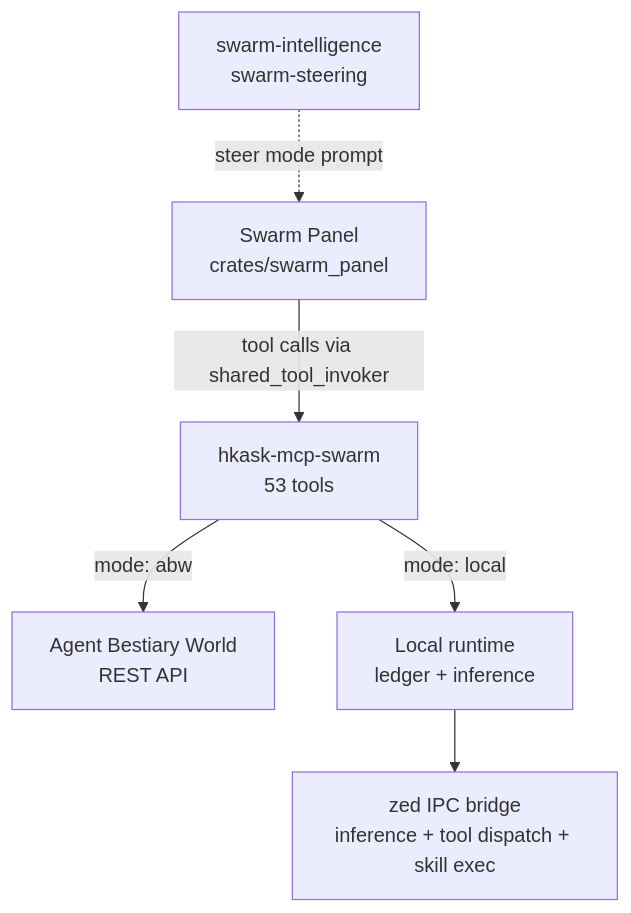
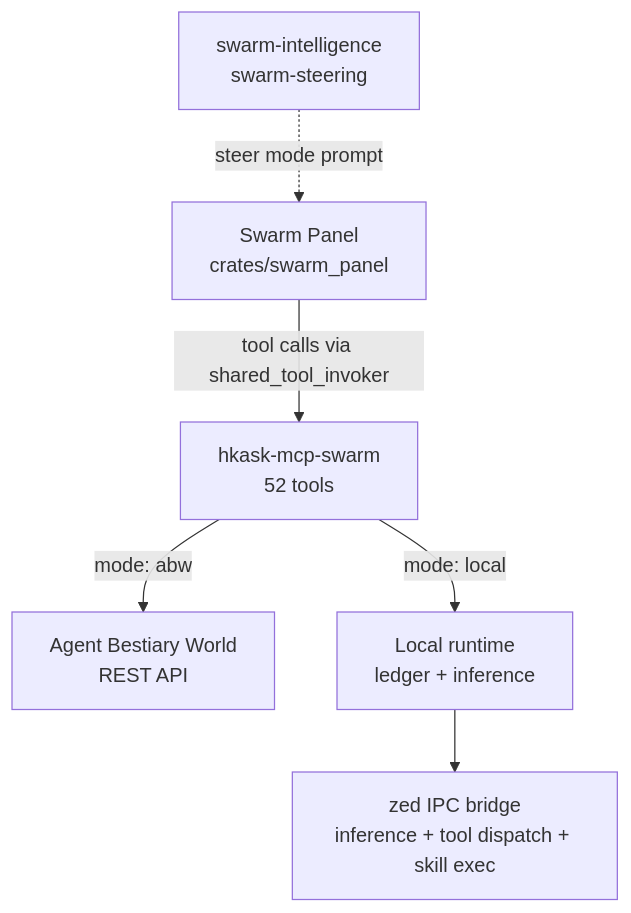
Before and after one commit to mdz-axo/zed-kask: the first of 3 diagrams in kask/docs/diataxis/swarm_system/tutorial.md, drawn with Mermaid. The commit also changed other lines of this file and 21 other files, not shown here.

````diff
--- a/kask/docs/diataxis/swarm_system/tutorial.md
+++ b/kask/docs/diataxis/swarm_system/tutorial.md
@@ -36,8 +36,8 @@
 ```mermaid
 flowchart TD
-    Panel[Swarm Panel<br/>crates/swarm_panel] -->|tool calls via shared_tool_invoker| Server[hkask-mcp-swarm<br/>53 tools]
+    Panel[Swarm Panel<br/>crates/swarm_panel] -->|tool calls via shared_tool_invoker| Server[hkask-mcp-swarm<br/>52 tools]
     Server -->|mode: abw| ABW[Agent Bestiary World<br/>REST API]
     Server -->|mode: local| Local[Local runtime<br/>ledger + inference]
     Local --> IPC[zed IPC bridge<br/>inference + tool dispatch + skill exec]
     Skills[swarm-intelligence<br/>swarm-steering] -.->|steer mode prompt| Panel
 ```
````
